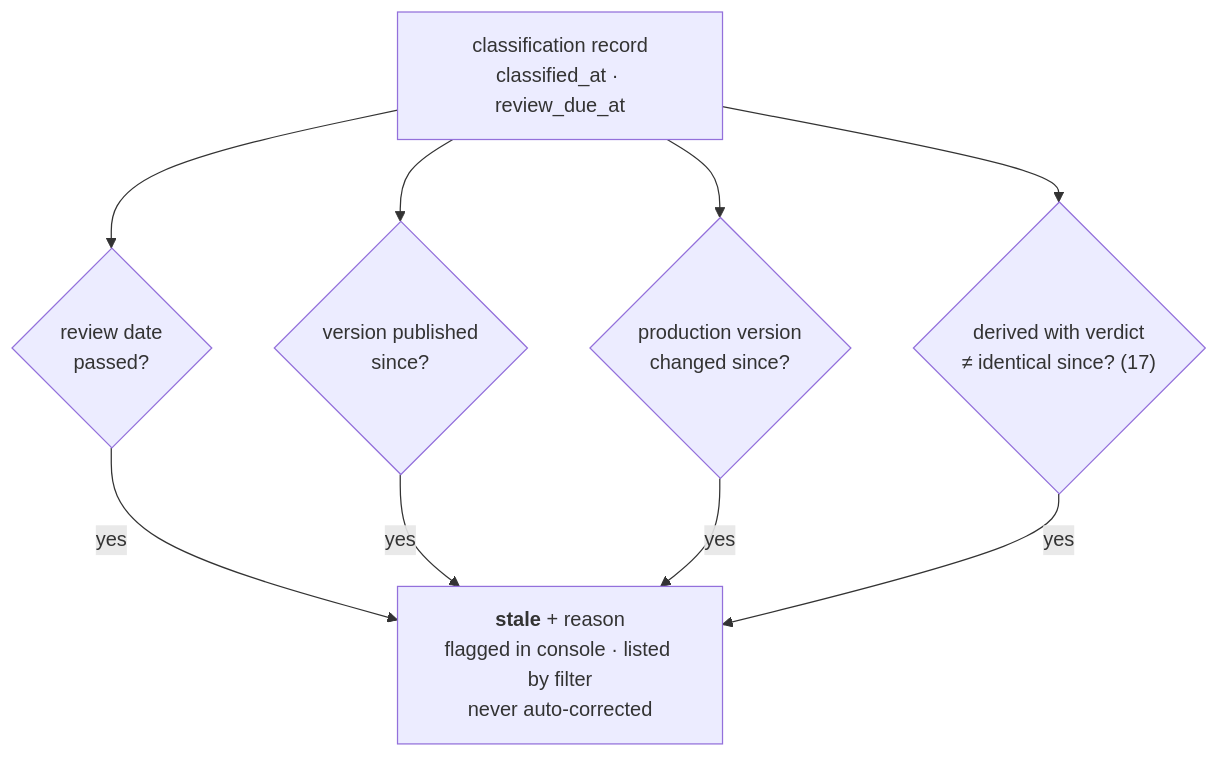
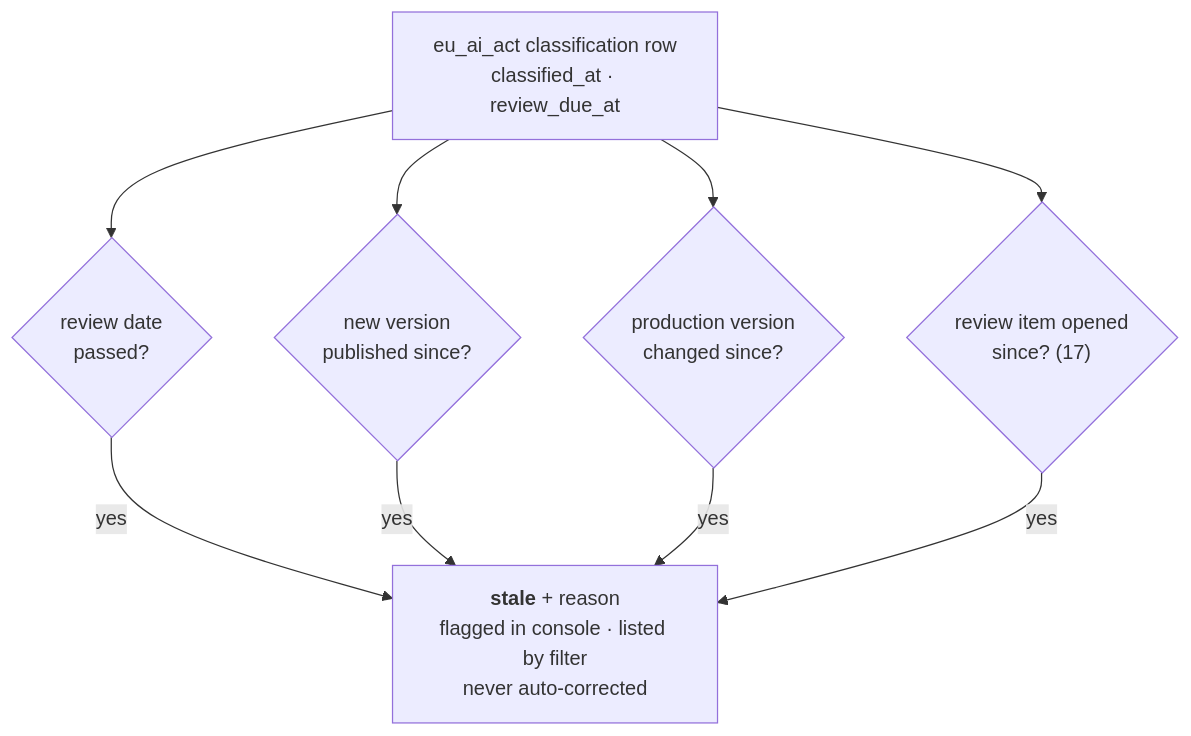
The diagram in docs/16-eu-risk-classification.md (proseria-research/lineage), drawn with Mermaid before and after one commit. The commit also changed other lines of this file and 3 other files, not shown here.

````diff
--- a/docs/16-eu-risk-classification.md
+++ b/docs/16-eu-risk-classification.md
@@ -106,12 +137,12 @@
 ```mermaid
 flowchart TB
-    c["classification record<br/>classified_at · review_due_at"]
+    c["eu_ai_act classification row<br/>classified_at · review_due_at"]
     c --> t{"review date<br/>passed?"}
-    c --> v{"version published<br/>since?"}
+    c --> v{"new version<br/>published since?"}
     c --> p{"production version<br/>changed since?"}
-    c --> d{"derived with verdict<br/>≠ identical since? (17)"}
+    c --> d{"review item opened<br/>since? (17)"}
     t -->|yes| s["<b>stale</b> + reason<br/>flagged in console · listed by filter<br/>never auto-corrected"]
     v -->|yes| s
     p -->|yes| s
     d -->|yes| s
 ```
````
